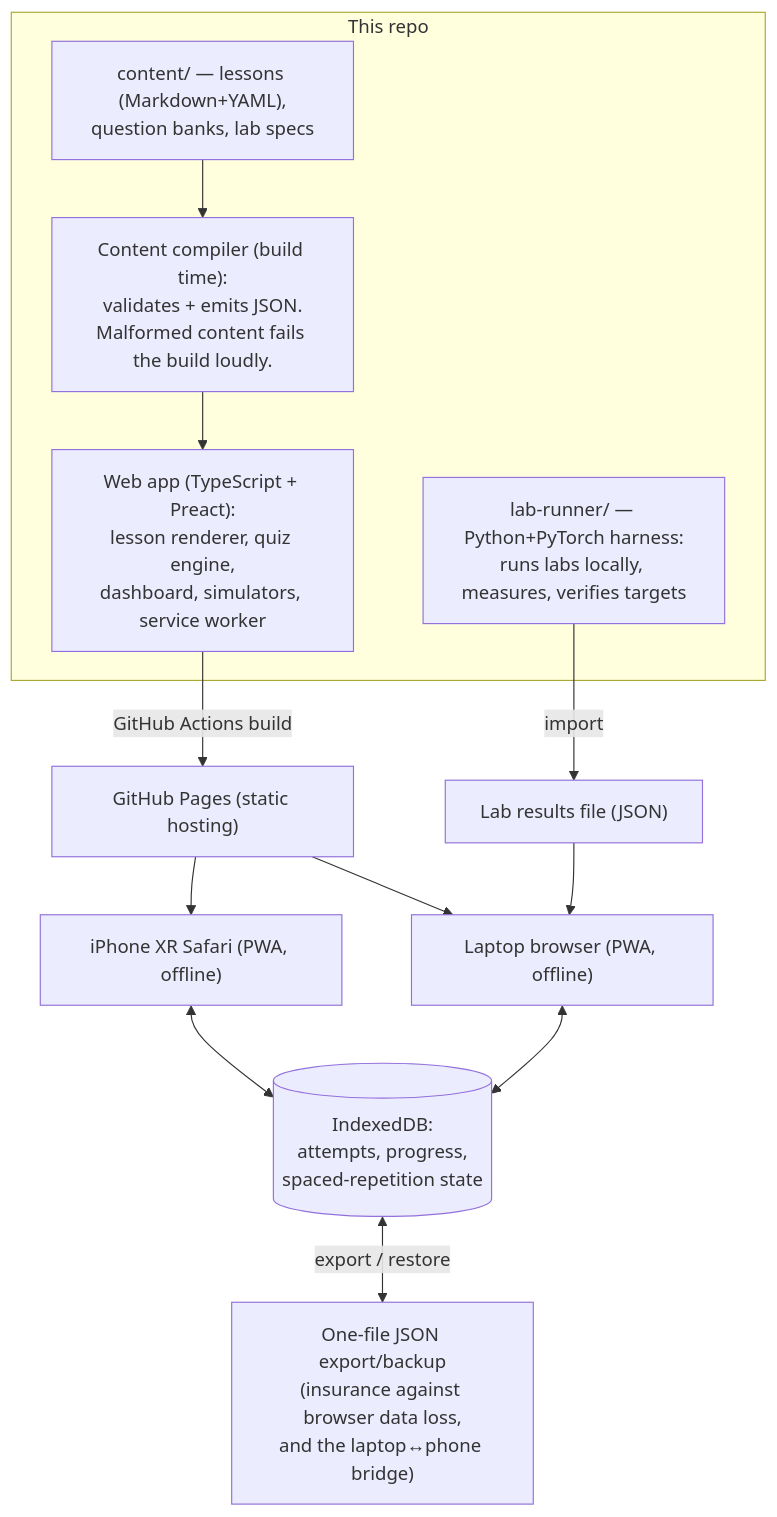
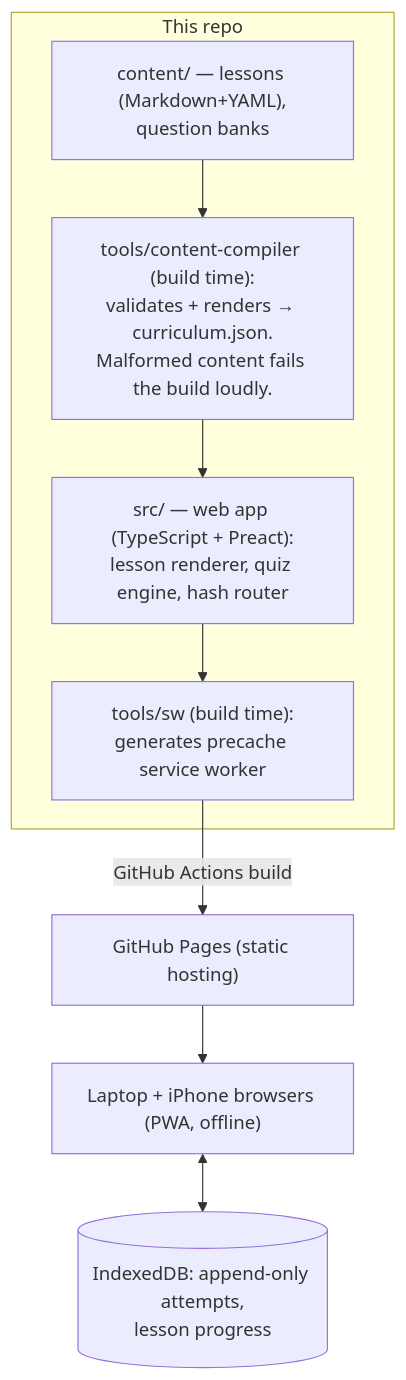
Before and after one commit to mofchris/bare-metal: the diagram in README.md, drawn with Mermaid. The commit also changed other lines of this file and 1 other file, not shown here.

Commit message:
A: README v1 — live URL, verified setup instructions, as-built architecture; Stage A build deliverables complete

````diff
--- a/README.md
+++ b/README.md
@@ -33,25 +48,18 @@
 ```mermaid
 flowchart TB
     subgraph repo["This repo"]
-        content["content/ — lessons (Markdown+YAML),<br/>question banks, lab specs"]
-        compiler["Content compiler (build time):<br/>validates + emits JSON.<br/>Malformed content fails the build loudly."]
-        app["Web app (TypeScript + Preact):<br/>lesson renderer, quiz engine,<br/>dashboard, simulators, service worker"]
-        labrunner["lab-runner/ — Python+PyTorch harness:<br/>runs labs locally, measures, verifies targets"]
+        content["content/ — lessons (Markdown+YAML),<br/>question banks"]
+        compiler["tools/content-compiler (build time):<br/>validates + renders → curriculum.json.<br/>Malformed content fails the build loudly."]
+        app["src/ — web app (TypeScript + Preact):<br/>lesson renderer, quiz engine, hash router"]
+        sw["tools/sw (build time):<br/>generates precache service worker"]
     end
 
     pages["GitHub Pages (static hosting)"]
-    laptop["Laptop browser (PWA, offline)"]
-    phone["iPhone XR Safari (PWA, offline)"]
-    idb[("IndexedDB:<br/>attempts, progress,<br/>spaced-repetition state")]
-    backup["One-file JSON export/backup<br/>(insurance against browser data loss,<br/>and the laptop↔phone bridge)"]
-    results["Lab results file (JSON)"]
+    devices["Laptop + iPhone browsers (PWA, offline)"]
+    idb[("IndexedDB: append-only attempts,<br/>lesson progress")]
 
     content --> compiler --> app
-    app -->|"GitHub Actions build"| pages
-    pages --> laptop
-    pages --> phone
-    laptop <--> idb
-    phone <--> idb
-    idb <-->|"export / restore"| backup
-    labrunner -->|"import"| results --> laptop
+    app --> sw -->|"GitHub Actions build"| pages
+    pages --> devices
+    devices <--> idb
 ```
````
